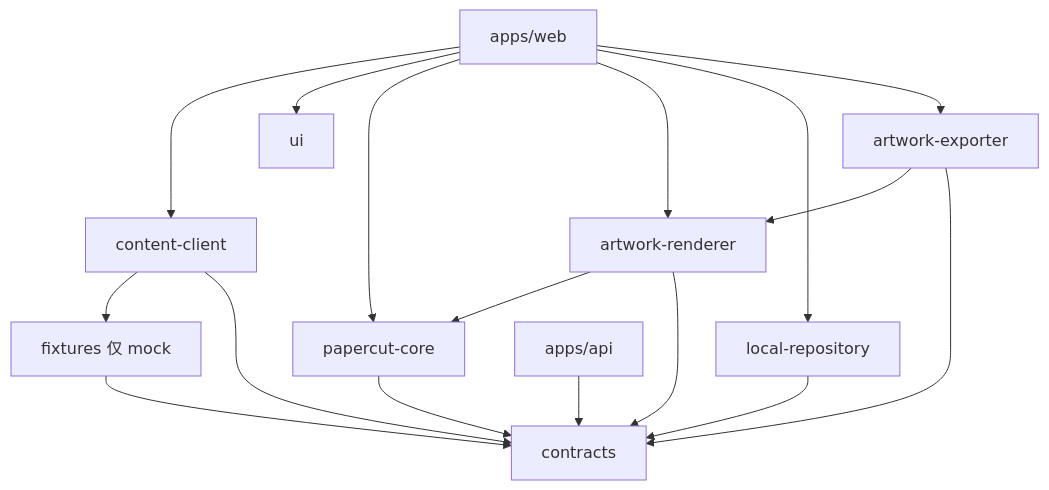
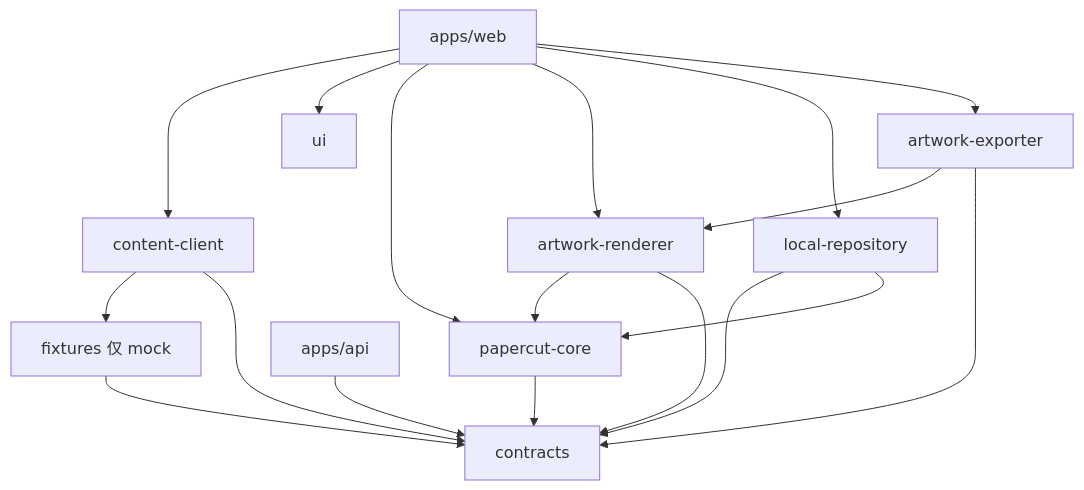
One commit to cc2259664147-crypto/shoushang-china changed the diagram in docs/architecture/module-boundaries.md. Above: the diagram before and after it, drawn with Mermaid. The commit also changed other lines of this file and 20 other files, not shown here.

````diff
--- a/docs/architecture/module-boundaries.md
+++ b/docs/architecture/module-boundaries.md
@@ -5,19 +5,20 @@
 ```mermaid
 graph TD
  web[apps/web] --> content[content-client]
  web --> ui[ui]
  web --> core[papercut-core]
  web --> render[artwork-renderer]
  web --> local[local-repository]
  web --> exporter[artwork-exporter]
  exporter --> render
  render --> core
  content --> fixtures[fixtures 仅 mock]
  fixtures --> contracts
  core --> contracts
  local --> contracts
+ local --> core
  render --> contracts
  exporter --> contracts
  content --> contracts
  api[apps/api] --> contracts
 ```
````
